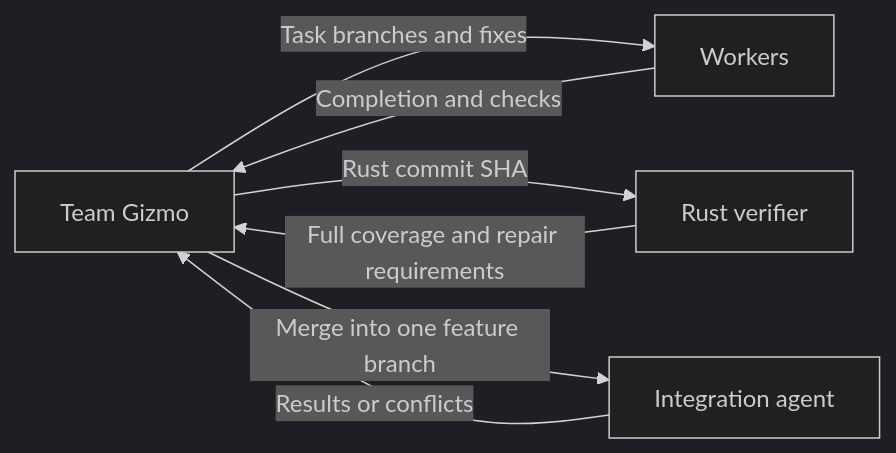
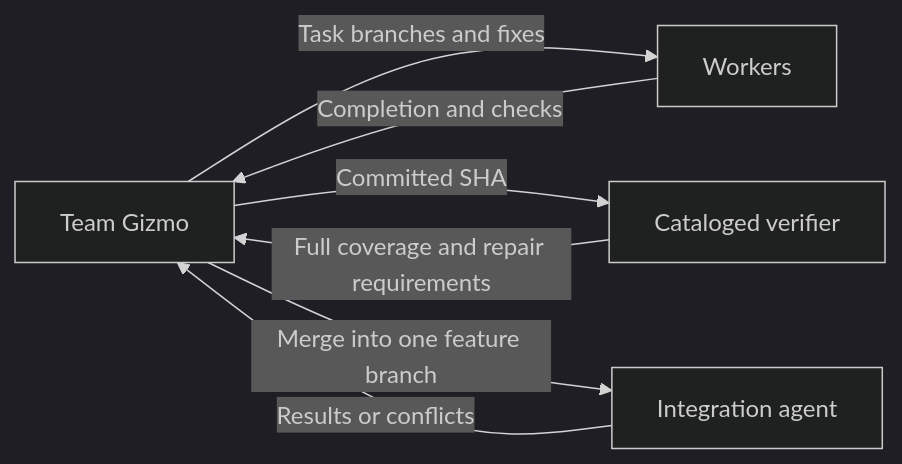
Before and after one commit to ai-ai-ai-ai-ai-ai-ai/meta-cortex: the diagram in cortex/teams/gizmo-team/agents/gizmo/AGENTS.md, drawn with Mermaid (dark theme). The commit also changed other lines of this file and 13 other files, not shown here.

````diff
--- a/cortex/teams/gizmo-team/agents/gizmo/AGENTS.md
+++ b/cortex/teams/gizmo-team/agents/gizmo/AGENTS.md
@@ -81,9 +81,9 @@
 ```mermaid
 flowchart LR
     G[Team Gizmo] -->|Task branches and fixes| W[Workers]
     W -->|Completion and checks| G
-    G -->|Rust commit SHA| V[Rust verifier]
+    G -->|Committed SHA| V[Cataloged verifier]
     V -->|Full coverage and repair requirements| G
     G -->|Merge into one feature branch| I[Integration agent]
     I -->|Results or conflicts| G
 ```
````
